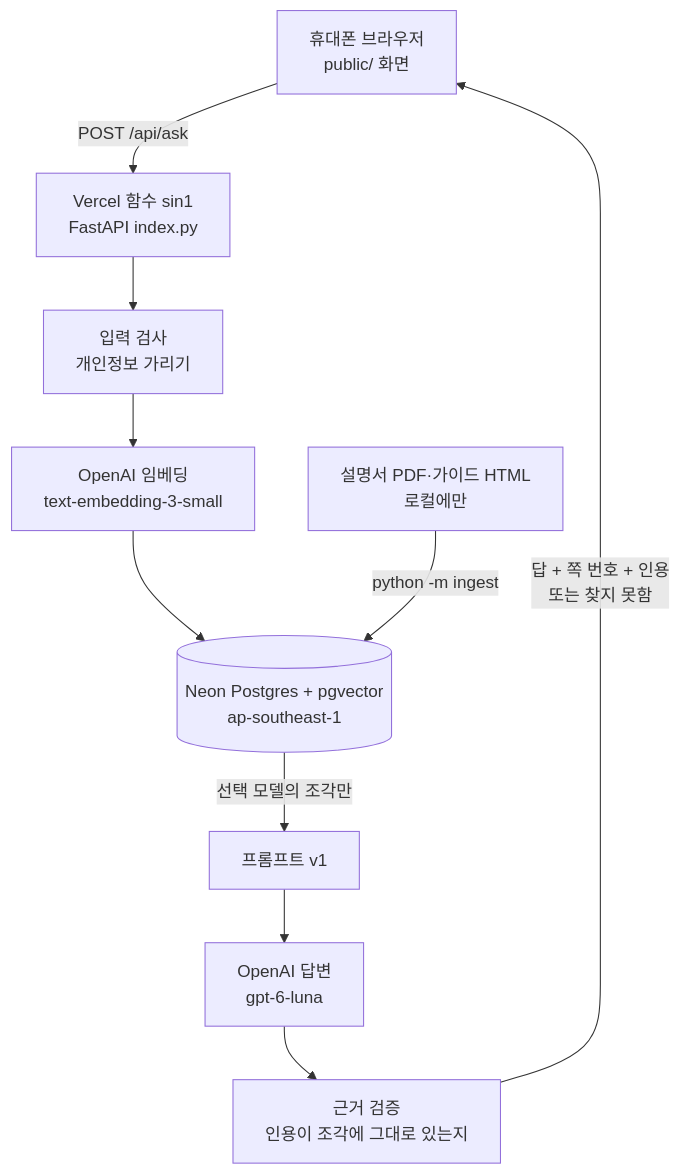
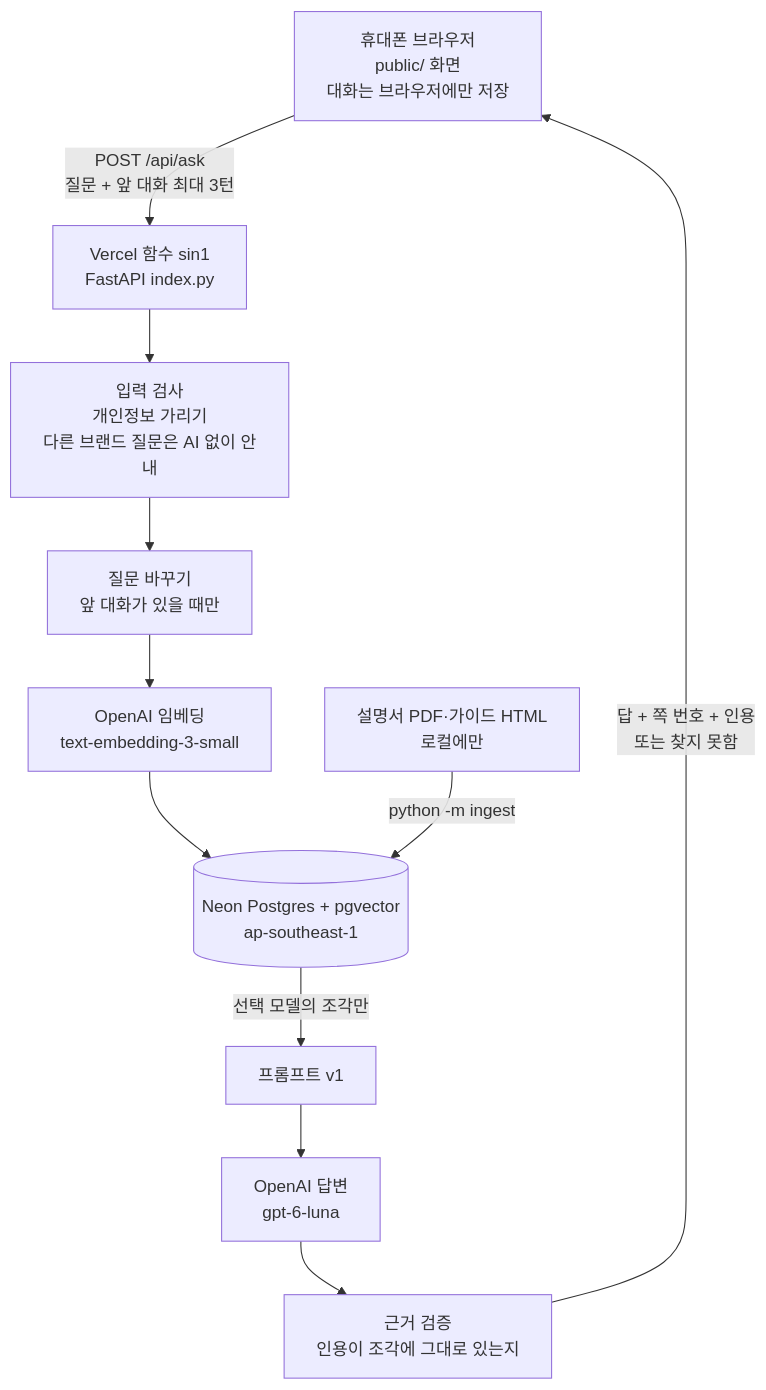
The diagram in README.md (mini-cs/pyeobom), drawn with Mermaid before and after one commit. The commit also changed other lines of this file, not shown here.

First line of the commit message:
docs(docs): README에 v1.5 화면 흐름·API history·reason·결정기록 021~029 반영

````diff
--- a/README.md
+++ b/README.md
@@ -12,12 +12,13 @@
 ```mermaid
 flowchart TD
-  U[휴대폰 브라우저<br>public/ 화면] -->|POST /api/ask| F[Vercel 함수 sin1<br>FastAPI index.py]
-  F --> G[입력 검사<br>개인정보 가리기]
-  G --> E[OpenAI 임베딩<br>text-embedding-3-small]
+  U[휴대폰 브라우저<br>public/ 화면<br>대화는 브라우저에만 저장] -->|POST /api/ask<br>질문 + 앞 대화 최대 3턴| F[Vercel 함수 sin1<br>FastAPI index.py]
+  F --> G[입력 검사<br>개인정보 가리기<br>다른 브랜드 질문은 AI 없이 안내]
+  G --> R[질문 바꾸기<br>앞 대화가 있을 때만]
+  R --> E[OpenAI 임베딩<br>text-embedding-3-small]
   E --> S[(Neon Postgres + pgvector<br>ap-southeast-1)]
   S -->|선택 모델의 조각만| P[프롬프트 v1]
   P --> L[OpenAI 답변<br>gpt-6-luna]
   L --> V[근거 검증<br>인용이 조각에 그대로 있는지]
   V -->|답 + 쪽 번호 + 인용<br>또는 찾지 못함| U
   M[설명서 PDF·가이드 HTML<br>로컬에만] -->|python -m ingest| S
 ```
````
